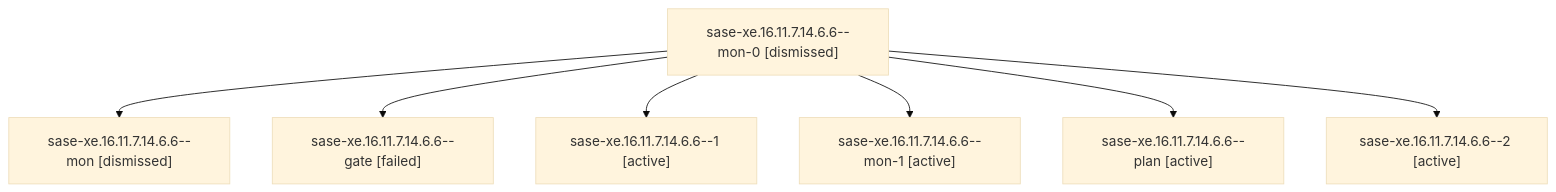
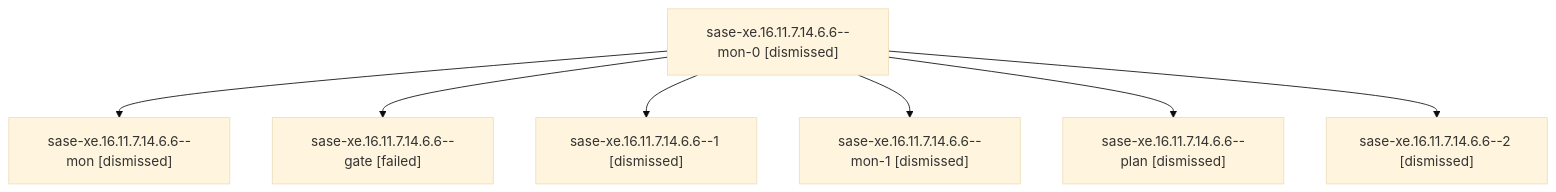
Before and after one commit to sase-org/sase--agents: the diagram in sessions/bbugyi200.athena.sase-xe.16.11.7.14.6.6.md, drawn with Mermaid (base theme). The commit also changed other lines of this file and 323 other files, not shown here.

````diff
--- a/sessions/bbugyi200.athena.sase-xe.16.11.7.14.6.6.md
+++ b/sessions/bbugyi200.athena.sase-xe.16.11.7.14.6.6.md
@@ -9,16 +9,16 @@
 ```mermaid
 flowchart TD
   n0["sase-xe.16.11.7.14.6.6--mon-0 [dismissed]"]
   n1["sase-xe.16.11.7.14.6.6--mon [dismissed]"]
   n0 --> n1
   n2["sase-xe.16.11.7.14.6.6--gate [failed]"]
   n0 --> n2
-  n3["sase-xe.16.11.7.14.6.6--1 [active]"]
+  n3["sase-xe.16.11.7.14.6.6--1 [dismissed]"]
   n0 --> n3
-  n4["sase-xe.16.11.7.14.6.6--mon-1 [active]"]
+  n4["sase-xe.16.11.7.14.6.6--mon-1 [dismissed]"]
   n0 --> n4
-  n5["sase-xe.16.11.7.14.6.6--plan [active]"]
+  n5["sase-xe.16.11.7.14.6.6--plan [dismissed]"]
   n0 --> n5
-  n6["sase-xe.16.11.7.14.6.6--2 [active]"]
+  n6["sase-xe.16.11.7.14.6.6--2 [dismissed]"]
   n0 --> n6
 ```
````
